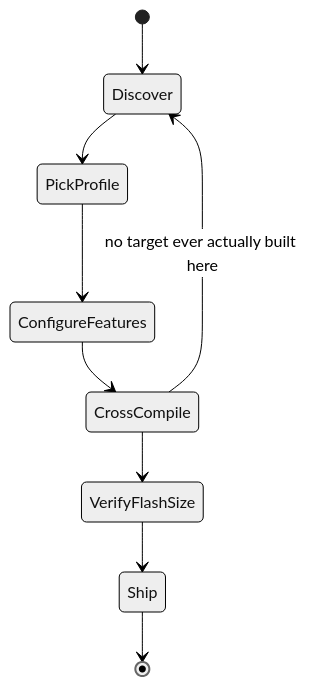
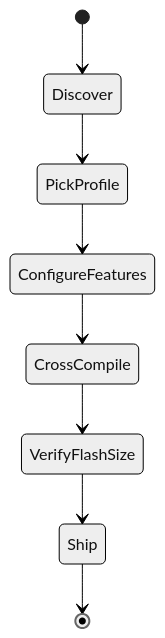
The third of 3 diagrams in docs/user-journey-gaps.md (user137/uacrypt), drawn with Mermaid (neutral theme) before and after one commit. The commit also changed other lines of this file and 2 other files, not shown here.

First line of the commit message:
docs(T-116): verify dstu-core actually cross-compiles for real MCU targets

````diff
--- a/docs/user-journey-gaps.md
+++ b/docs/user-journey-gaps.md
@@ -89,12 +89,11 @@
 ```mermaid
 stateDiagram-v2
     [*] --> Discover
     Discover --> PickProfile
     PickProfile --> ConfigureFeatures
     ConfigureFeatures --> CrossCompile
     CrossCompile --> VerifyFlashSize
     VerifyFlashSize --> Ship
     Ship --> [*]
 
-    CrossCompile --> Discover: no target ever actually built here
 ```
````
